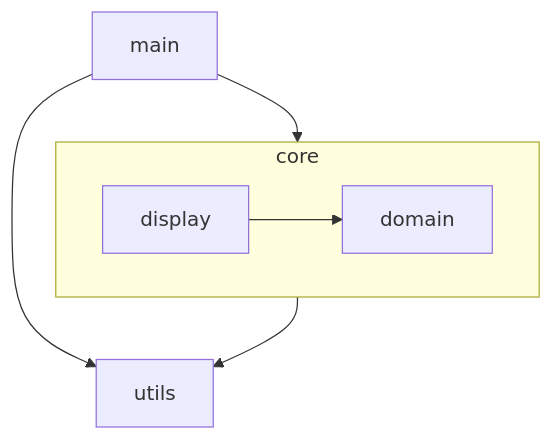
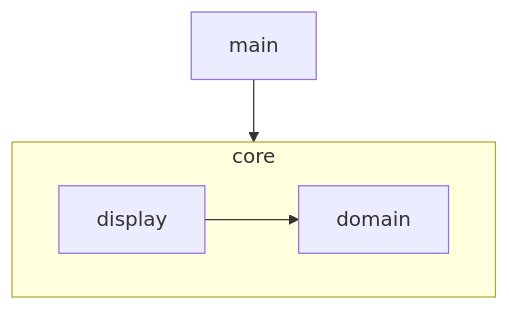
The first of 2 diagrams in DEVELOPMENT.md (joaomelo/calystone), drawn with Mermaid before and after one commit. The commit also changed other lines of this file and 49 other files, not shown here.

````diff
--- a/DEVELOPMENT.md
+++ b/DEVELOPMENT.md
@@ -7,14 +7,11 @@
 ```mermaid
 graph TD
   main
   subgraph core
     direction LR
     domain
     display
   end
-  utils
   main --> core
-  main --> utils
-  core --> utils
   display --> domain
 ```
````
